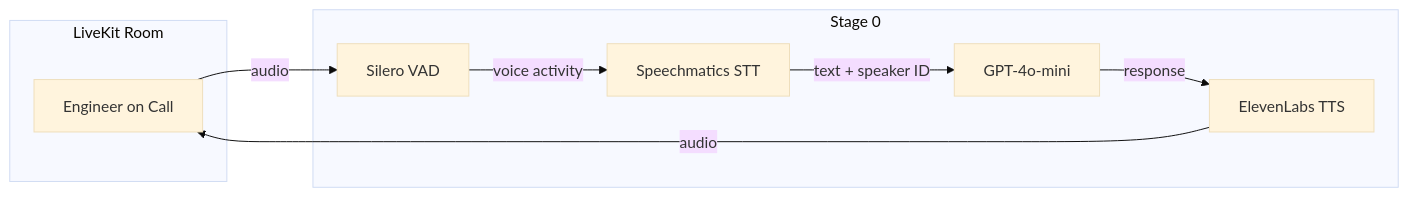
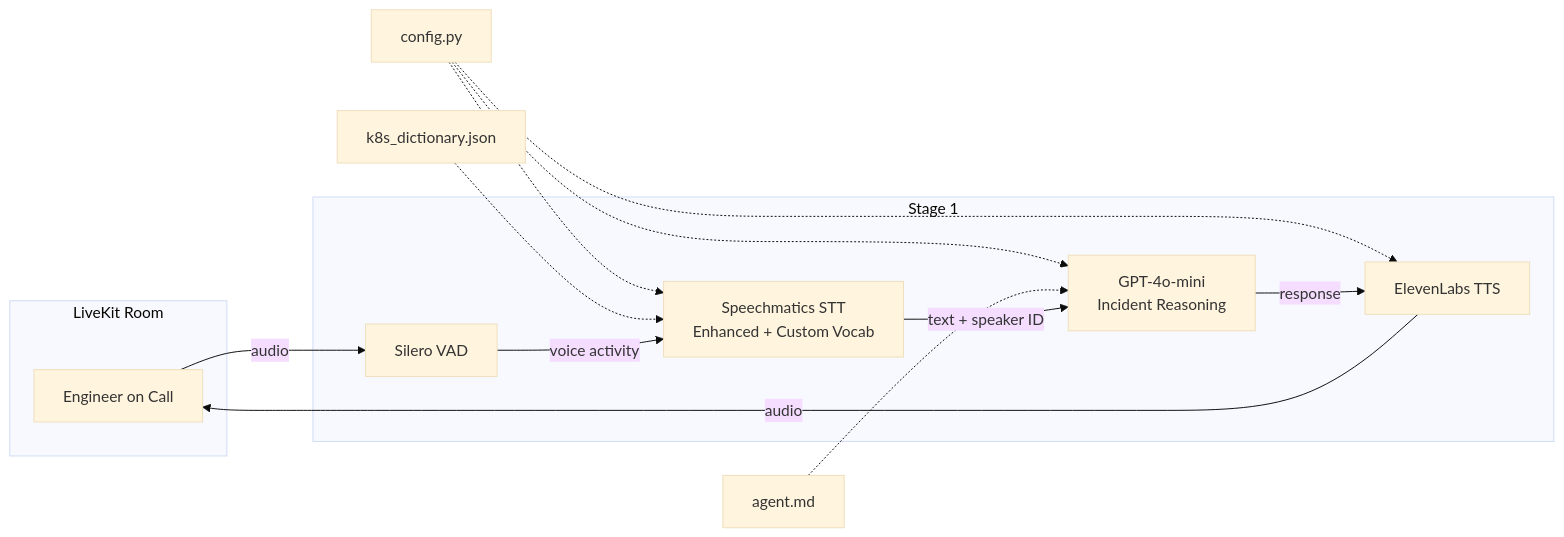
The diagram in docs/architecture.md (nishuastic/war-room-copilot), drawn with Mermaid (base theme) before and after one commit. The commit also changed other lines of this file and 7 other files, not shown here.

Commit message:
feat: wake word and custom dictionary

````diff
--- a/docs/architecture.md
+++ b/docs/architecture.md
@@ -7,19 +7,25 @@
 ```mermaid
 flowchart LR
     subgraph LiveKit Room
         User[Engineer on Call]
     end
 
-    subgraph Stage 0
+    subgraph Stage 1
         VAD[Silero VAD]
-        STT[Speechmatics STT]
-        LLM[GPT-4o-mini]
+        STT[Speechmatics STT<br/>Enhanced + Custom Vocab]
+        LLM[GPT-4o-mini<br/>Incident Reasoning]
         TTS[ElevenLabs TTS]
     end
+
+    Config[config.py] -.-> STT
+    Config -.-> LLM
+    Config -.-> TTS
+    Dict[k8s_dictionary.json] -.-> STT
+    Prompt[agent.md] -.-> LLM
 
     User -- audio --> VAD
     VAD -- voice activity --> STT
     STT -- text + speaker ID --> LLM
     LLM -- response --> TTS
     TTS -- audio --> User
 ```
````
